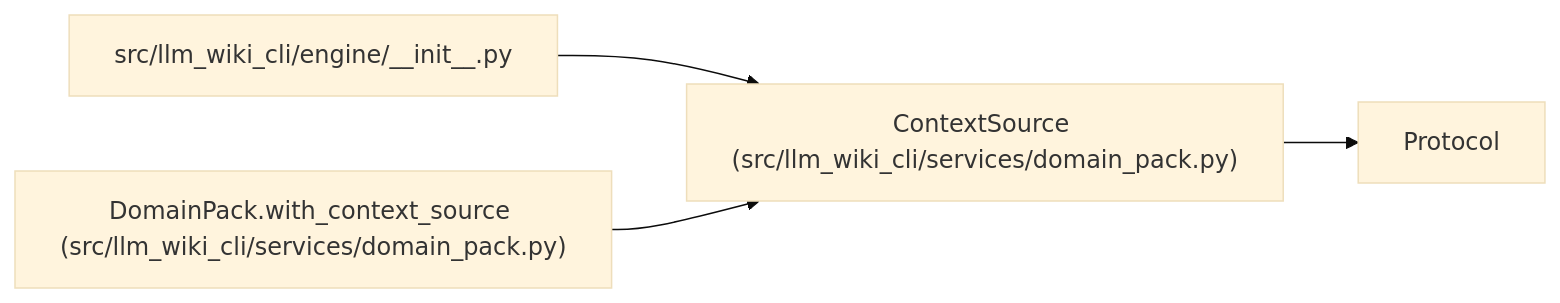
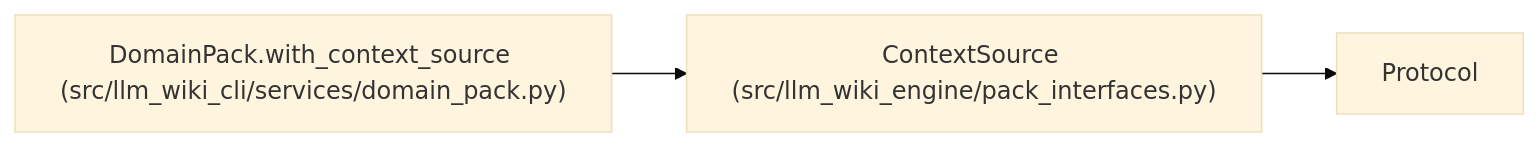
The diagram in docs/llm_wiki/entities/ContextSource.md (Denissvgn/python-wiki-llm), drawn with Mermaid (base theme) before and after one commit. The commit also changed other lines of this file and 585 other files, not shown here.

Commit message:
docs: refresh the wiki for per-engine integrations

````diff
--- a/docs/llm_wiki/entities/ContextSource.md
+++ b/docs/llm_wiki/entities/ContextSource.md
@@ -28,13 +28,10 @@
 ```mermaid
 flowchart LR
-    n0["ContextSource (src/llm_wiki_cli/services/domain_pack.py)"]
+    n0["ContextSource (src/llm_wiki_engine/pack_interfaces.py)"]
     n1["Protocol"]
-    n2["src/llm_wiki_cli/engine/__init__.py"]
-    n3["DomainPack.with_context_source (src/llm_wiki_cli/services/domain_pack.py)"]
+    n2["DomainPack.with_context_source (src/llm_wiki_cli/services/domain_pack.py)"]
     n0 --> n1
     n2 --> n0
-    n3 --> n0
-    click n0 "../modules/domain_pack.md"
-    click n2 "../modules/engine___init__.md"
-    click n3 "../modules/domain_pack.md"
+    click n0 "../modules/pack_interfaces.md"
+    click n2 "../modules/domain_pack.md"
 ```
````
